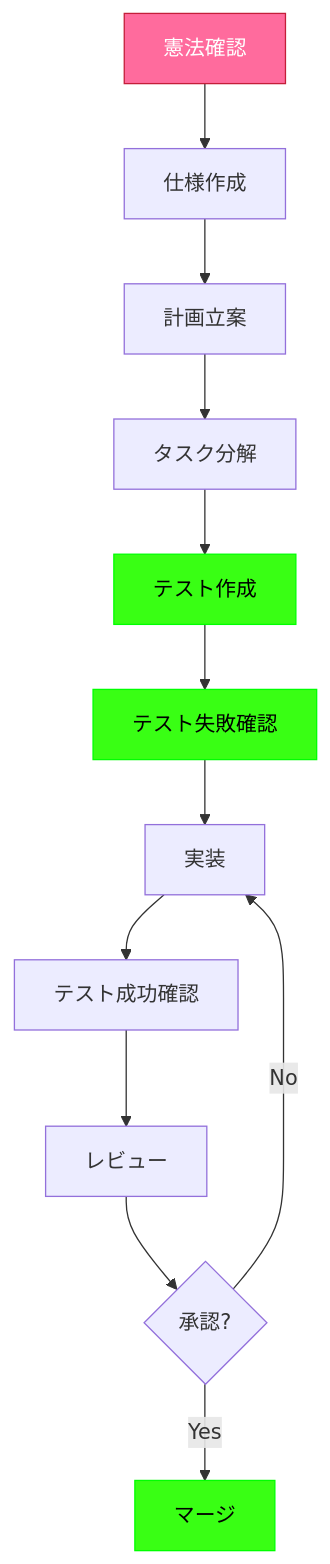
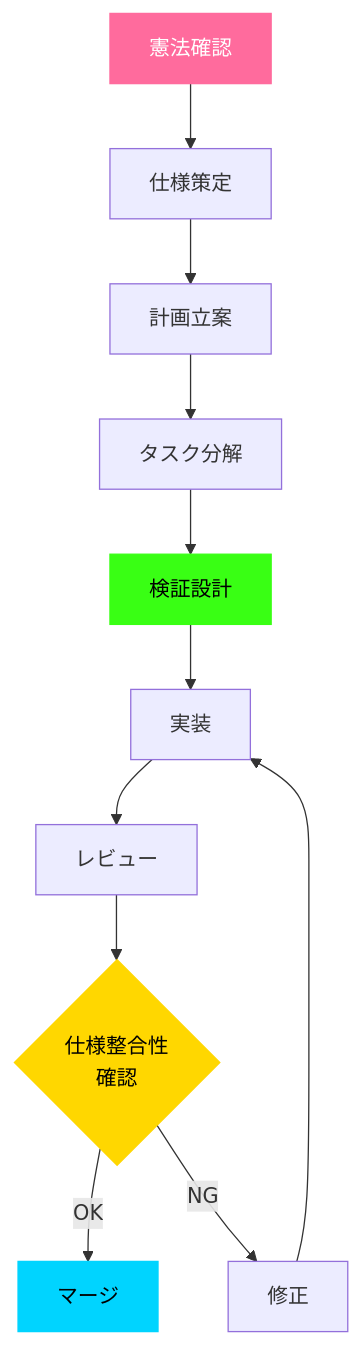
The first of 2 diagrams in .specify/memory/constitution.md (J1921604/open-meteo), drawn with Mermaid before and after one commit. The commit also changed other lines of this file and 9 other files, not shown here.

````diff
--- a/.specify/memory/constitution.md
+++ b/.specify/memory/constitution.md
@@ -433,19 +193,18 @@
 ```mermaid
 flowchart TD
-    A[憲法確認] --> B[仕様作成]
+    A[憲法確認] --> B[仕様策定]
     B --> C[計画立案]
     C --> D[タスク分解]
-    D --> E[テスト作成]
-    E --> F[テスト失敗確認]
-    F --> G[実装]
-    G --> H[テスト成功確認]
-    H --> I[レビュー]
-    I --> J{承認?}
-    J -->|Yes| K[マージ]
-    J -->|No| G
-  
-    style A fill:#ff6b9d,stroke:#c41e3a,color:#fff
-    style E fill:#39ff14,stroke:#0f0,color:#000
-    style F fill:#39ff14,stroke:#0f0,color:#000
-    style K fill:#39ff14,stroke:#0f0,color:#000
+    D --> E[検証設計]
+    E --> F[実装]
+    F --> G[レビュー]
+    G --> H{仕様整合性<br/>確認}
+    H -->|OK| I[マージ]
+    H -->|NG| J[修正]
+    J --> F
+    
+    style A fill:#ff6b9d,stroke:#ff6b9d,color:#fff
+    style E fill:#39ff14,stroke:#39ff14,color:#000
+    style H fill:#ffd700,stroke:#ffd700,color:#000
+    style I fill:#00d4ff,stroke:#00d4ff,color:#000
 ```
````
